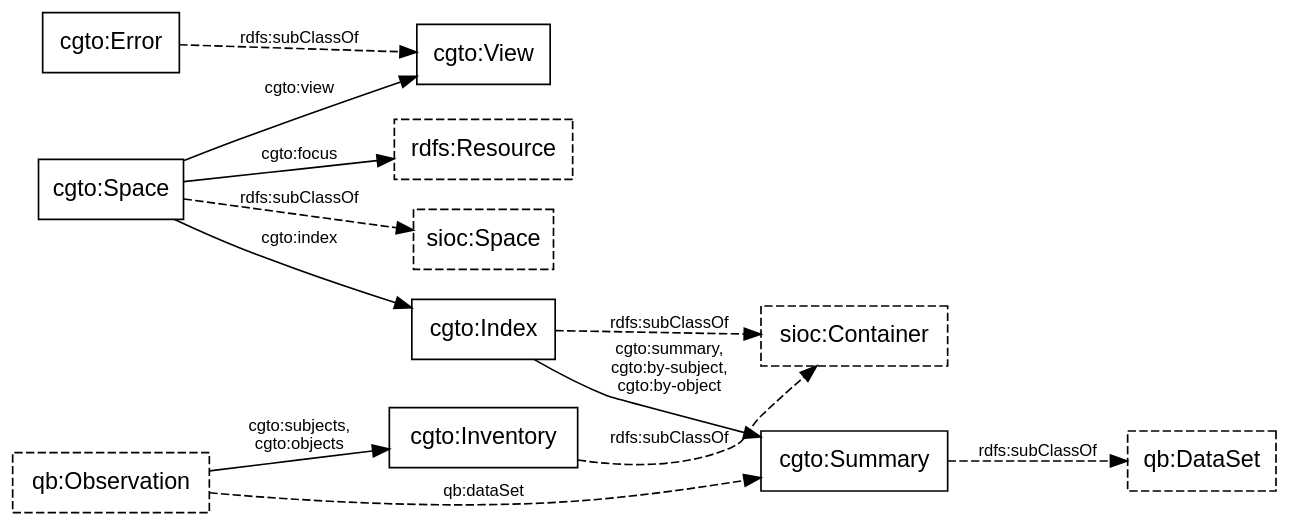
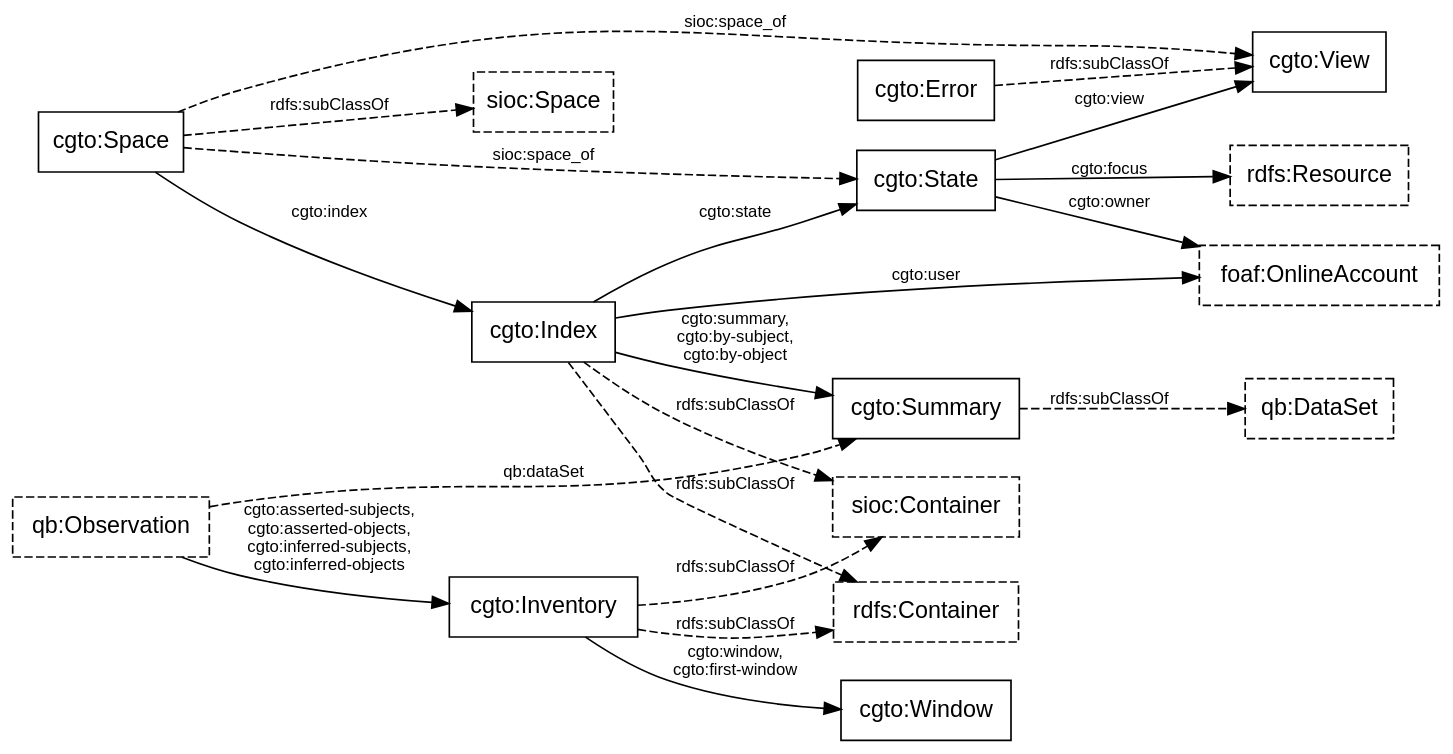
Before and after one commit to doriantaylor/owl-graph-tool: the diagram in graph-tool-classes.dot, drawn with Graphviz. The commit also changed 3 other files, not shown here.

```diff
--- a/graph-tool-classes.dot
+++ b/graph-tool-classes.dot
@@ -1,44 +1,55 @@
 digraph classes {
     graph [bgcolor=transparent,rankdir=LR];
     node [shape=box,color="#000000",fontcolor="#000000",fontname="Lucida Grande, Lucida Sans Unicode, sans-serif",target="_parent"];
     edge [fontsize=10,concentrate=true,color="#000000",fontcolor="#000000",fontname="Lucida Grande, Lucida Sans Unicode, sans-serif"];
 
     subgraph {
         node [style=dashed];
 
-        rdfs_Resource [label="rdfs:Resource", href="https://www.w3.org/TR/rdf-schema/#ch_resource"];
         // owl_Thing [label="owl:Thing",href="https://www.w3.org/TR/2012/REC-owl2-syntax-20121211/#a_Thing"];
-
-        sioc_Space [label="sioc:Space", href="http://rdfs.org/spec/#term_Space"];
-        sioc_Container [label="sioc:Container", href="http://rdfs.org/spec/#term_Container"];
+        foaf_OnlineAccount [label="foaf:OnlineAccount", href="http://xmlns.com/foaf/spec/#term_OnlineAccount"];
         qb_DataSet [label="qb:DataSet", href="https://www.w3.org/TR/vocab-data-cube/#reference-datasets"];
         qb_Observation [label="qb:Observation", href="https://www.w3.org/TR/vocab-data-cube/#reference-observations"];
+        rdfs_Container [label="rdfs:Container", href="https://www.w3.org/TR/rdf-schema/#ch_container"];
+        rdfs_Resource  [label="rdfs:Resource", href="https://www.w3.org/TR/rdf-schema/#ch_resource"];
+        sioc_Container [label="sioc:Container", href="http://rdfs.org/spec/#term_Container"];
+        sioc_Space [label="sioc:Space", href="http://rdfs.org/spec/#term_Space"];
     }
 
-    cgto_Space [label="cgto:Space", href="https://vocab.methodandstructure.com/graph-tool#Space"];
-    cgto_View [label="cgto:View", href="https://vocab.methodandstructure.com/graph-tool#View"];
-    cgto_Error [label="cgto:Error", href="https://vocab.methodandstructure.com/graph-tool#Error"];
-    cgto_Index [label="cgto:Index", href="https://vocab.methodandstructure.com/graph-tool#Index"];
-    cgto_Summary [label="cgto:Summary", href="https://vocab.methodandstructure.com/graph-tool#Summary"];
+    cgto_Error     [label="cgto:Error", href="https://vocab.methodandstructure.com/graph-tool#Error"];
+    cgto_Index     [label="cgto:Index", href="https://vocab.methodandstructure.com/graph-tool#Index"];
     cgto_Inventory [label="cgto:Inventory", href="https://vocab.methodandstructure.com/graph-tool#Inventory"];
-
-    cgto_Space -> rdfs_Resource [label="cgto:focus"];
-    cgto_Space -> cgto_Index [label="cgto:index"];
-    cgto_Space -> cgto_View [label="cgto:view"];
-    cgto_Index -> cgto_Summary [label="cgto:summary,\ncgto:by-subject,\ncgto:by-object"];
-    qb_Observation -> cgto_Inventory [label="cgto:subjects,\ncgto:objects"];
+    cgto_Space     [label="cgto:Space", href="https://vocab.methodandstructure.com/graph-tool#Space"];
+    cgto_State     [label="cgto:State", href="https://vocab.methodandstructure.com/graph-tool#State"];
+    cgto_Summary   [label="cgto:Summary", href="https://vocab.methodandstructure.com/graph-tool#Summary"];
+    cgto_View      [label="cgto:View", href="https://vocab.methodandstructure.com/graph-tool#View"];
+    cgto_Window    [label="cgto:Window", href="https://vocab.methodandstructure.com/graph-tool#Window"];
 
     subgraph {
         edge [style=dashed, label="rdfs:subClassOf"];
-        cgto_Space -> sioc_Space;
-        cgto_Error -> cgto_View;
-        cgto_Index -> sioc_Container;
+        cgto_Error     -> cgto_View;
+        cgto_Index     -> rdfs_Container;
+        cgto_Index     -> sioc_Container;
+        cgto_Inventory -> rdfs_Container;
         cgto_Inventory -> sioc_Container;
-        cgto_Summary -> qb_DataSet;
+        cgto_Space     -> sioc_Space;
+        cgto_Summary   -> qb_DataSet;
     }
 
     subgraph {
         edge [style=dashed];
         qb_Observation -> cgto_Summary [label="qb:dataSet"];
+	cgto_Space -> cgto_State [label="sioc:space_of"];
+	cgto_Space -> cgto_View [label="sioc:space_of"];
     }
+
+    cgto_Index -> cgto_State [label="cgto:state"];
+    cgto_Index -> cgto_Summary [label="cgto:summary,\ncgto:by-subject,\ncgto:by-object"];
+    cgto_Index -> foaf_OnlineAccount [label="cgto:user"];
+    cgto_Inventory -> cgto_Window [label="cgto:window,\ncgto:first-window"];
+    cgto_Space -> cgto_Index [label="cgto:index"];
+    cgto_State -> cgto_View [label="cgto:view"];
+    cgto_State -> foaf_OnlineAccount [label="cgto:owner"];
+    cgto_State -> rdfs_Resource [label="cgto:focus"];
+    qb_Observation -> cgto_Inventory [label="cgto:asserted-subjects,\ncgto:asserted-objects,\ncgto:inferred-subjects,\ncgto:inferred-objects"];
 }
```
